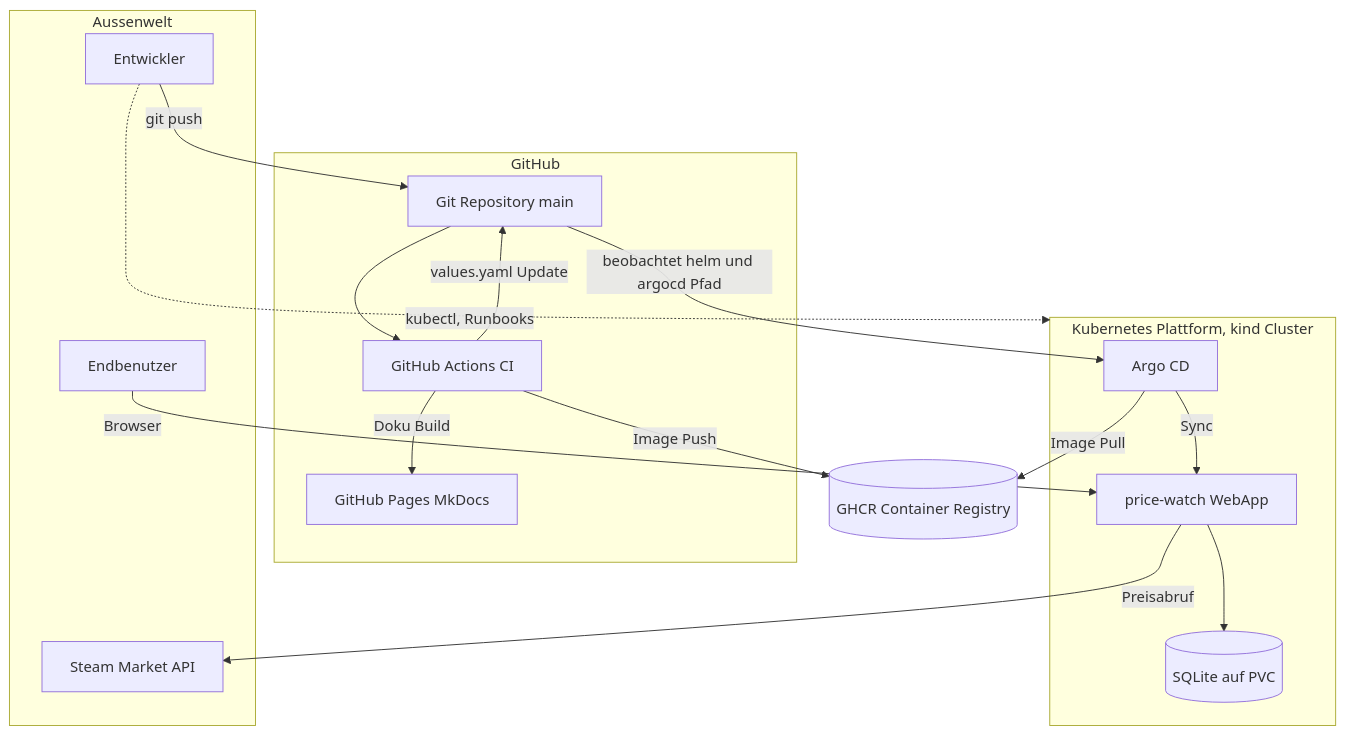
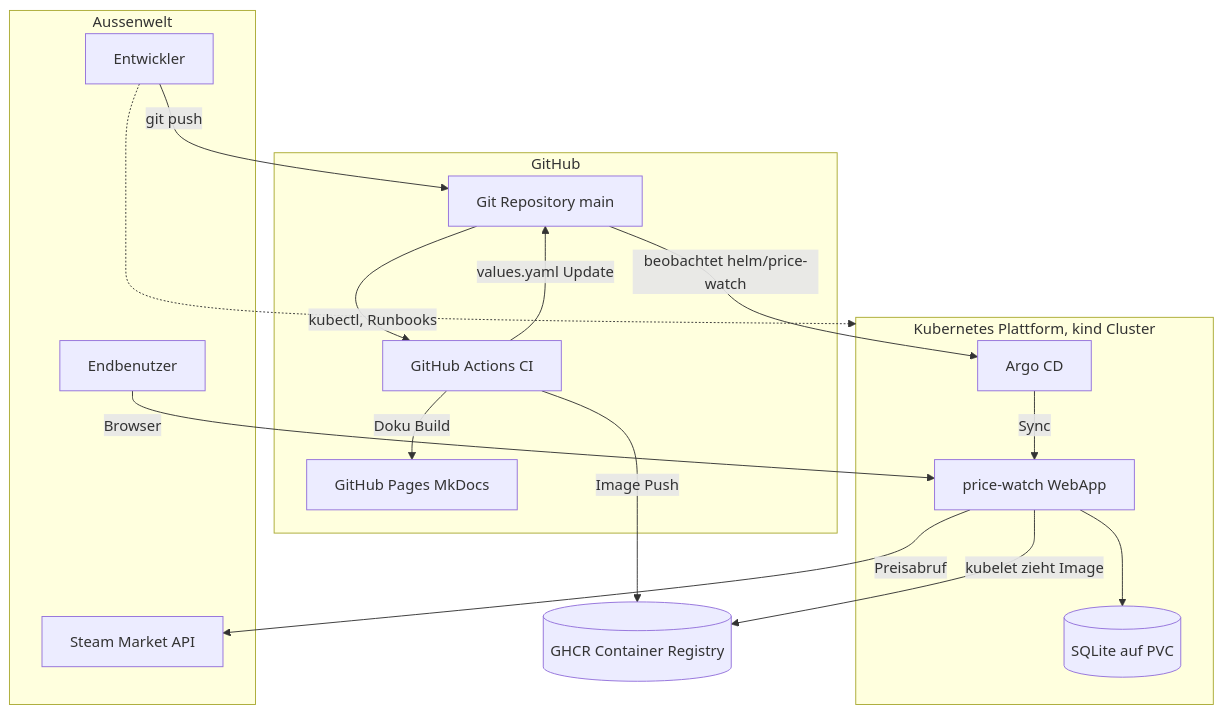
Before and after one commit to Cancani/gitops-platform-semesterarbeit5: the second of 5 diagrams in docs/dokumentation.md, drawn with Mermaid. The commit also changed other lines of this file, not shown here.

````diff
--- a/docs/dokumentation.md
+++ b/docs/dokumentation.md
@@ -1157,35 +1157,35 @@
 ```mermaid
 flowchart TB
     subgraph Aussenwelt
         Dev[Entwickler]
         User[Endbenutzer]
         Steam[Steam Market API]
     end
 
     subgraph GitHub[GitHub]
         Repo[Git Repository main]
         Actions[GitHub Actions CI]
         Pages[GitHub Pages MkDocs]
     end
 
     GHCR[(GHCR Container Registry)]
 
     subgraph Plattform[Kubernetes Plattform, kind Cluster]
         Argo[Argo CD]
         App[price-watch WebApp]
         DB[(SQLite auf PVC)]
     end
 
     Dev -->|git push| Repo
     Repo --> Actions
     Actions -->|Image Push| GHCR
     Actions -->|Doku Build| Pages
     Actions -->|values.yaml Update| Repo
-    Repo -->|beobachtet helm und argocd Pfad| Argo
+    Repo -->|beobachtet helm/price-watch| Argo
     Argo -->|Sync| App
-    Argo -->|Image Pull| GHCR
+    App -->|kubelet zieht Image| GHCR
     App --> DB
     App -->|Preisabruf| Steam
     User -->|Browser| App
     Dev -.->|kubectl, Runbooks| Plattform
 ```
````
